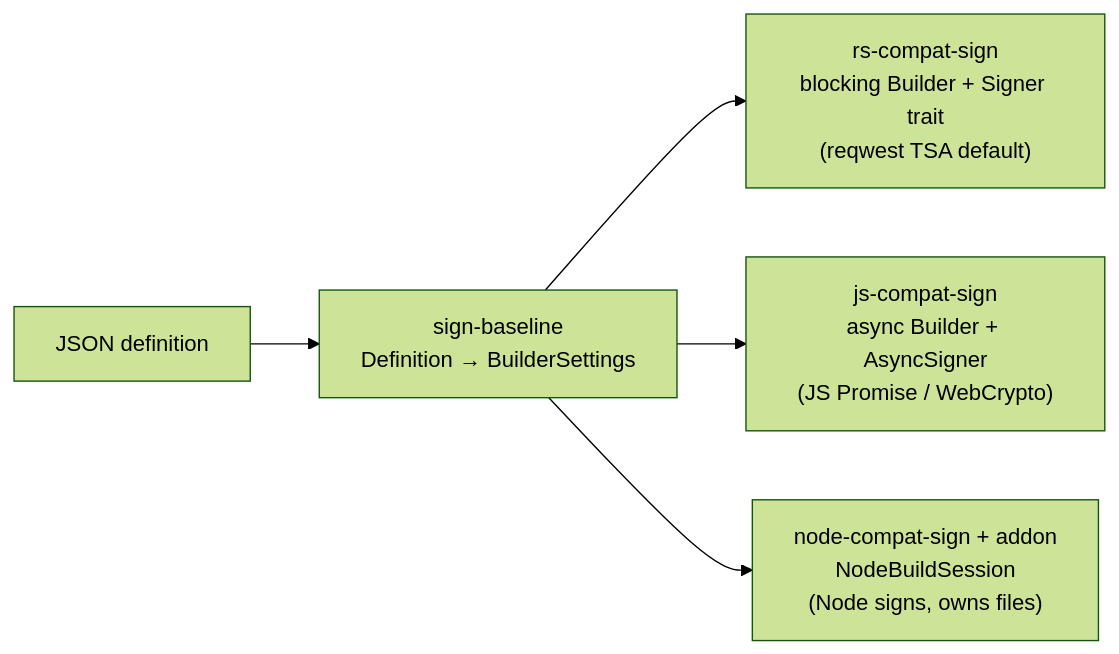
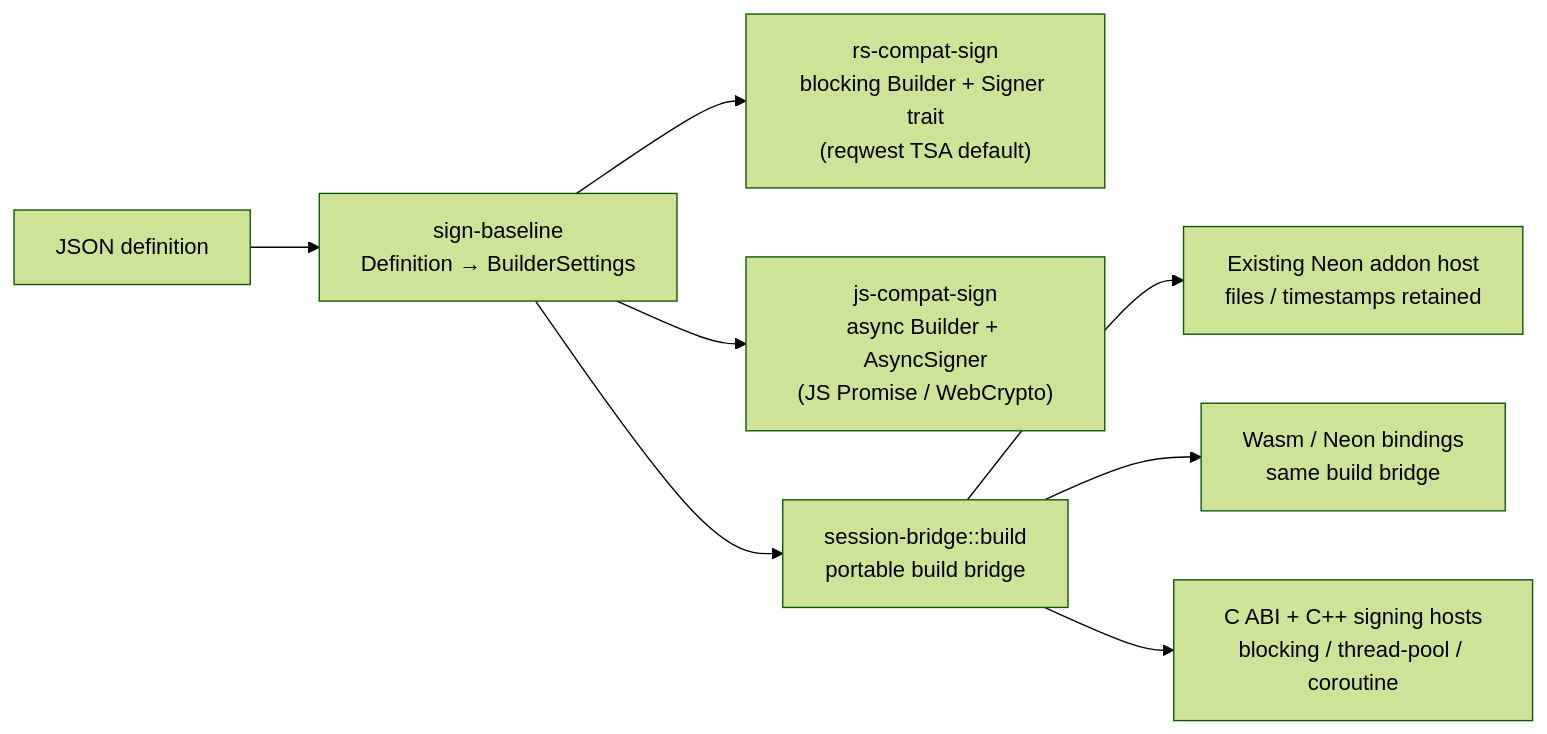
The second of 2 diagrams in docs/walkthrough/06-bindings.md (scouten/state-machine-experiment), drawn with Mermaid (forest theme) before and after one commit. The commit also changed other lines of this file and 56 other files, not shown here.

First line of the commit message:
feat: session bridge and Wasm glue for JavaScript bindings (1/3, split of #42) (#60)

````diff
--- a/docs/walkthrough/06-bindings.md
+++ b/docs/walkthrough/06-bindings.md
@@ -68,7 +91,10 @@
 ```mermaid
 flowchart LR
     D["JSON definition"] --> SB["sign-baseline<br/>Definition → BuilderSettings"]
     SB --> RS["rs-compat-sign<br/>blocking Builder + Signer trait<br/>(reqwest TSA default)"]
     SB --> JS["js-compat-sign<br/>async Builder + AsyncSigner<br/>(JS Promise / WebCrypto)"]
-    SB --> ND["node-compat-sign + addon<br/>NodeBuildSession<br/>(Node signs, owns files)"]
+    SB --> ND["session-bridge::build<br/>portable build bridge"]
+    ND --> OLD["Existing Neon addon host<br/>files / timestamps retained"]
+    ND --> WP["Wasm / Neon bindings<br/>same build bridge"]
+    ND --> CPP["C ABI + C++ signing hosts<br/>blocking / thread-pool / coroutine"]
 ```
````
